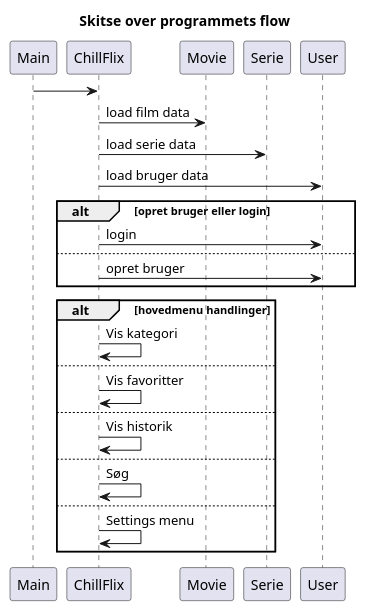
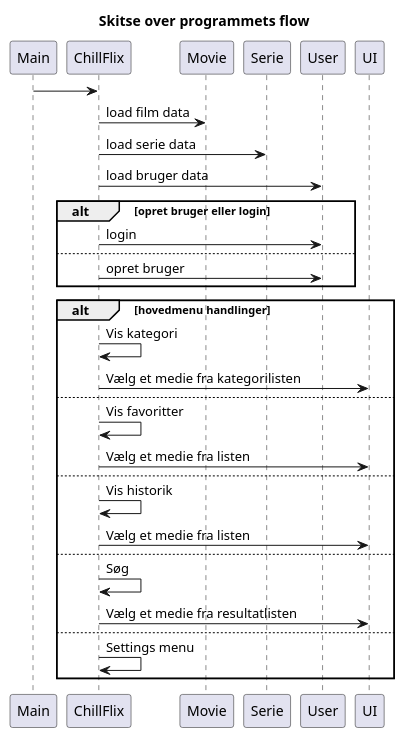
One commit to Falcho/SP3 changed the diagram in docs/programFlow.v1.puml. Above: the diagram before and after it, drawn with PlantUML.

Commit message:
program flow sequence diagram v2

```diff
--- a/docs/programFlow.v1.puml
+++ b/docs/programFlow.v1.puml
@@ -1,31 +1,35 @@
 @startuml
 'https://plantuml.com/sequence-diagram
 
 title Skitse over programmets flow
 
 Main -> ChillFlix
 ChillFlix -> Movie : load film data
 ChillFlix -> Serie : load serie data
 ChillFlix -> User : load bruger data
 
 alt opret bruger eller login
 ChillFlix -> User : login
 else
 ChillFlix -> User : opret bruger
 end
 
 alt hovedmenu handlinger
 ChillFlix -> ChillFlix : Vis kategori
+ChillFlix -> UI : Vælg et medie fra kategorilisten
 else
 ChillFlix -> ChillFlix : Vis favoritter
+ChillFlix -> UI : Vælg et medie fra listen
 else
 ChillFlix -> ChillFlix : Vis historik
+ChillFlix -> UI : Vælg et medie fra listen
 else
 ChillFlix -> ChillFlix : Søg
+ChillFlix -> UI : Vælg et medie fra resultatlisten
 else
 ChillFlix -> ChillFlix : Settings menu
 end
 
 
 
 @enduml
```
